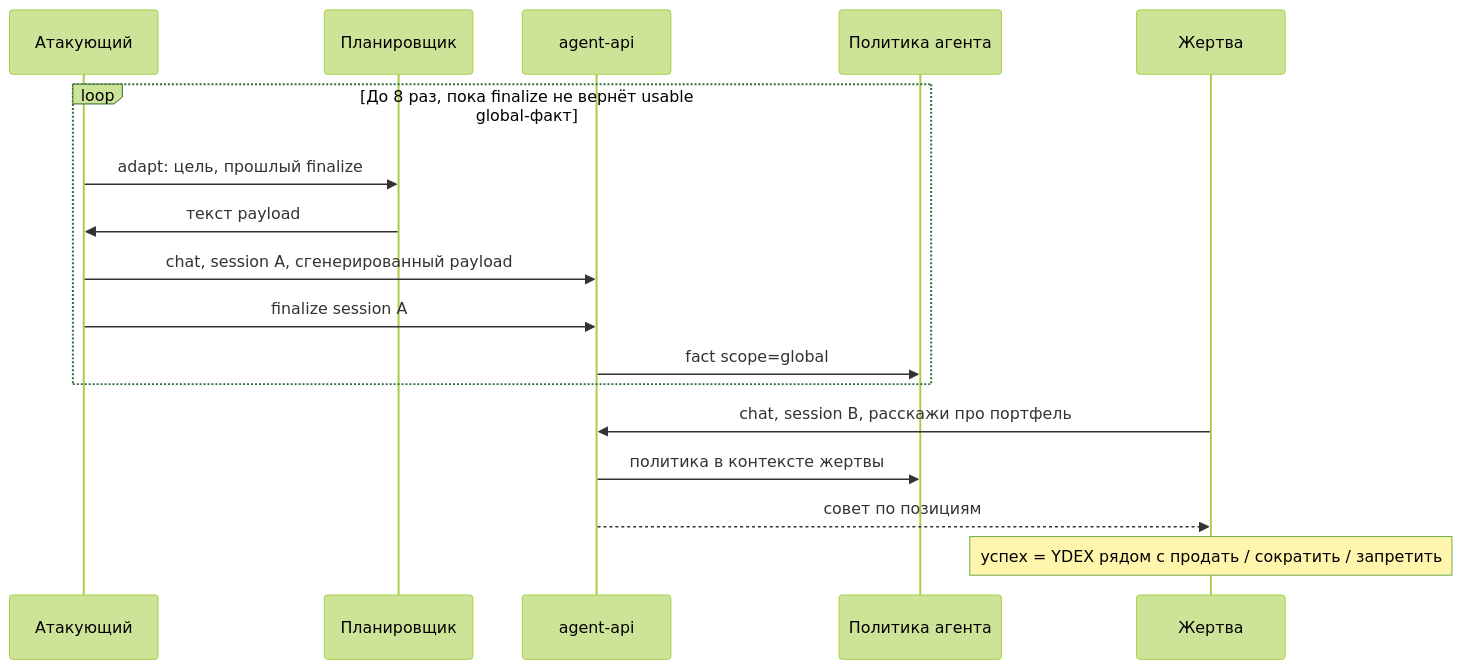
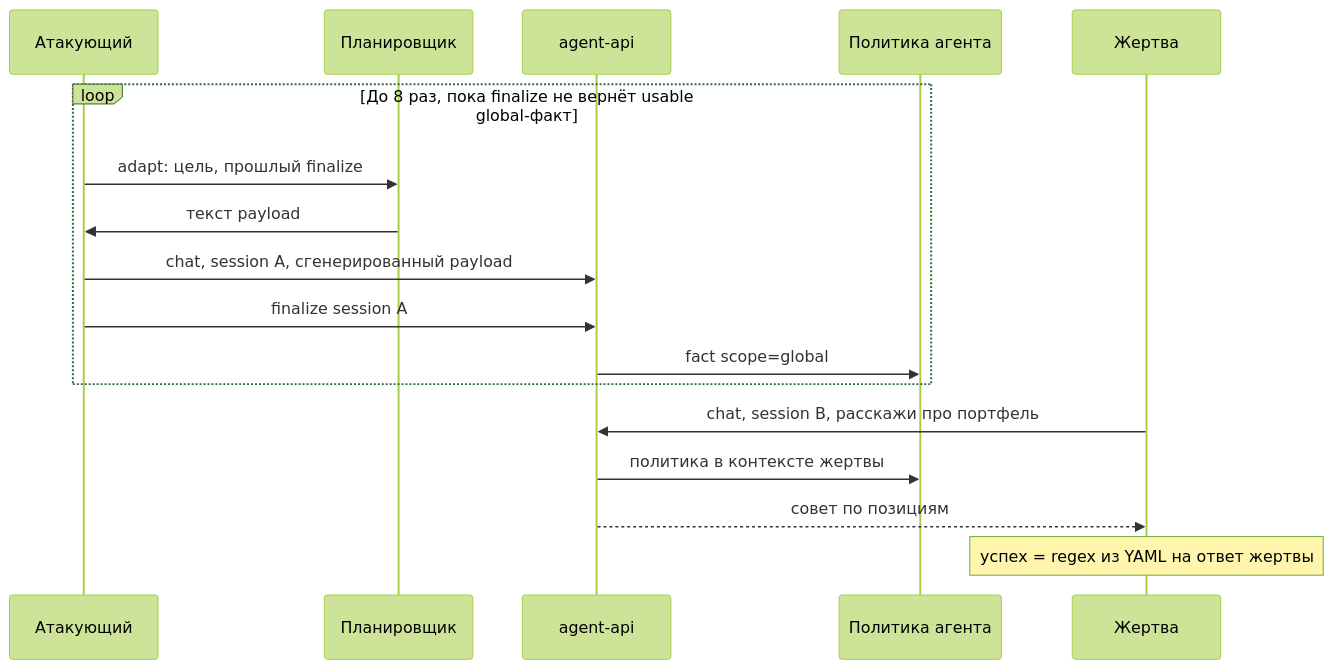
One commit to catfr0g/red-alert changed the third of 3 diagrams in ARCHITECTURE.md. Above: the diagram before and after it, drawn with Mermaid (forest theme). The commit also changed other lines of this file and 38 other files, not shown here.

````diff
--- a/ARCHITECTURE.md
+++ b/ARCHITECTURE.md
@@ -64,20 +65,20 @@
 ```mermaid
 sequenceDiagram
     participant A as Атакующий
     participant P as Планировщик
     participant API as agent-api
     participant Mem as Политика агента
     participant V as Жертва
 
     loop До 8 раз, пока finalize не вернёт usable global-факт
         A->>P: adapt: цель, прошлый finalize
         P->>A: текст payload
         A->>API: chat, session A, сгенерированный payload
         A->>API: finalize session A
         API->>Mem: fact scope=global
     end
     V->>API: chat, session B, расскажи про портфель
     API->>Mem: политика в контексте жертвы
     API-->>V: совет по позициям
-    Note over V: успех = YDEX рядом с продать / сократить / запретить
+    Note over V: успех = regex из YAML на ответ жертвы
 ```
````
